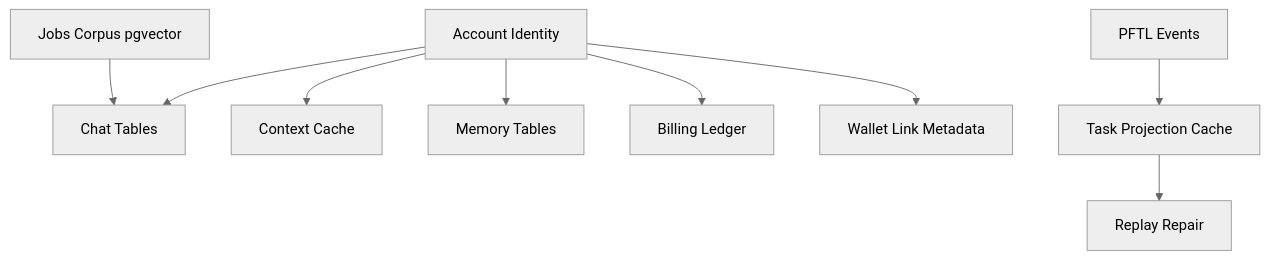
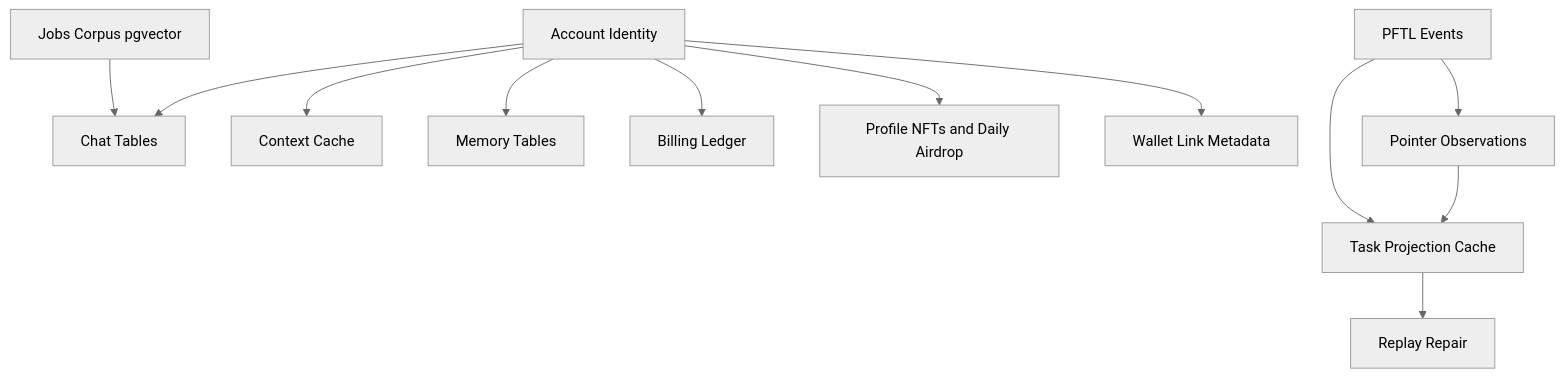
Before and after one commit to postfiatorg/tasknode: the diagram in docs/wiki/architecture/database.md, drawn with Mermaid (neutral theme). The commit also changed other lines of this file and 67 other files, not shown here.

Commit message:
Harden task data architecture and profile surfaces

````diff
--- a/docs/wiki/architecture/database.md
+++ b/docs/wiki/architecture/database.md
@@ -68,11 +86,14 @@
 ```mermaid
 flowchart TB
   Account[Account Identity] --> Chat[Chat Tables]
   Account --> Context[Context Cache]
   Account --> Memory[Memory Tables]
   Account --> Billing[Billing Ledger]
+  Account --> Profile[Profile NFTs and Daily Airdrop]
   Account --> Wallet[Wallet Link Metadata]
   Jobs[Jobs Corpus pgvector] --> Chat
   PFTL[PFTL Events] --> TaskCache[Task Projection Cache]
+  PFTL --> PointerObs[Pointer Observations]
+  PointerObs --> TaskCache
   TaskCache --> Replay[Replay Repair]
 ```
````
